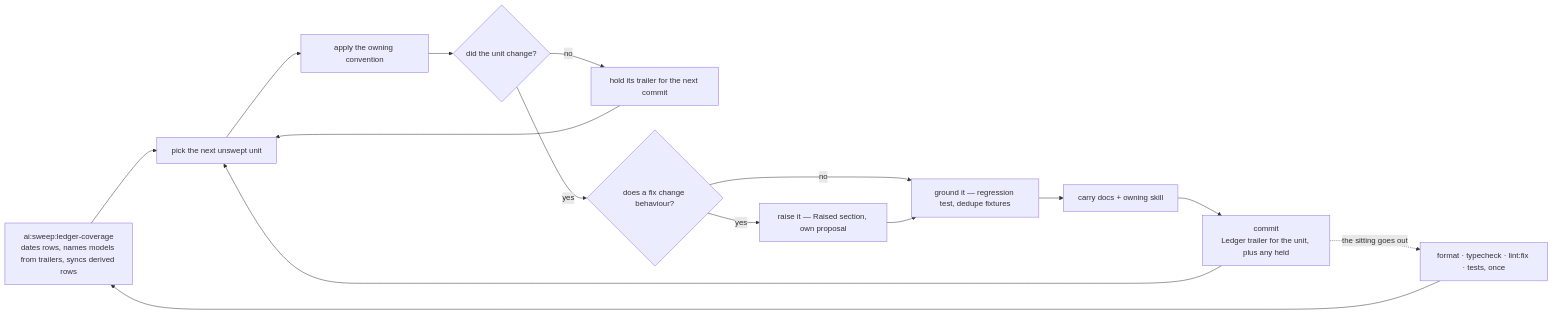
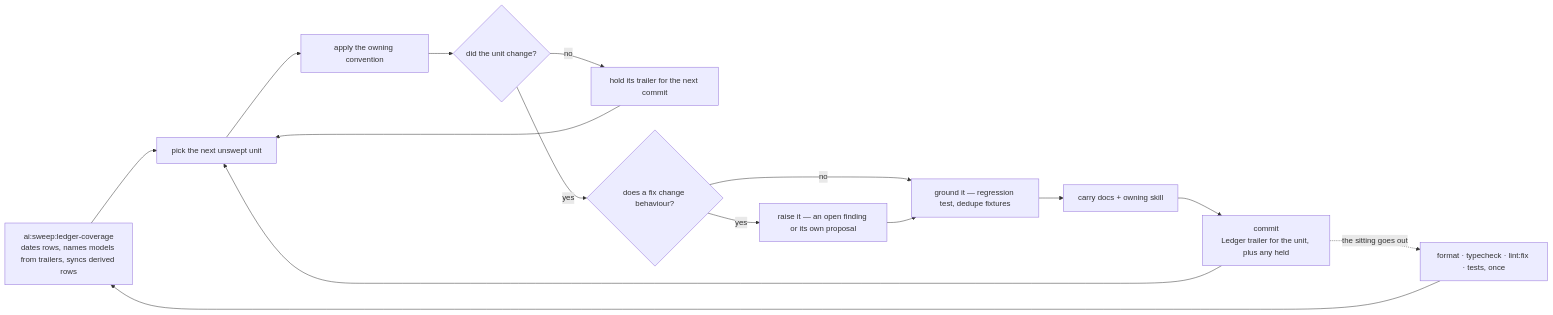
The diagram in .agents/skills/sweeps/references/one-pass.md (Esposter/Esposter), drawn with Mermaid before and after one commit. The commit also changed 5 other files, not shown here.

````diff
--- a/.agents/skills/sweeps/references/one-pass.md
+++ b/.agents/skills/sweeps/references/one-pass.md
@@ -5,17 +5,17 @@
 ```mermaid
 flowchart LR
   COVER["ai:sweep:ledger-coverage<br/>dates rows, names models from trailers, syncs derived rows"] --> PICK["pick the next unswept unit"]
   PICK --> APPLY["apply the owning convention"]
   APPLY --> CHANGED{"did the unit change?"}
   CHANGED -->|"no"| HOLD["hold its trailer for the next commit"]
   HOLD --> PICK
   CHANGED -->|"yes"| GATE{"does a fix change behaviour?"}
-  GATE -->|"yes"| RAISE["raise it — Raised section, own proposal"]
+  GATE -->|"yes"| RAISE["raise it — an open finding or its own proposal"]
   GATE -->|"no"| TESTS["ground it — regression test, dedupe fixtures"]
   RAISE --> TESTS
   TESTS --> CARRY["carry docs + owning skill"]
   CARRY --> TICK["commit<br/>Ledger trailer for the unit, plus any held"]
   TICK --> PICK
   TICK -.->|"the sitting goes out"| CHECK["format · typecheck · lint:fix · tests, once"]
   CHECK --> COVER
 ```
````
